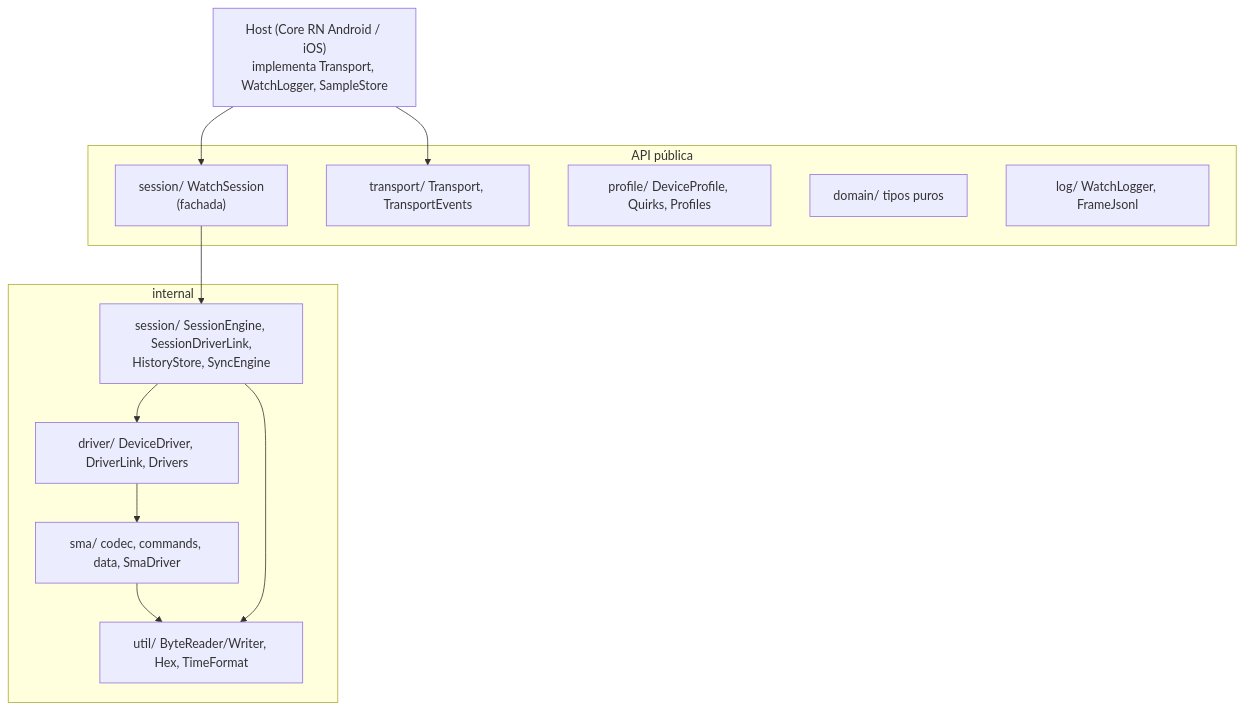
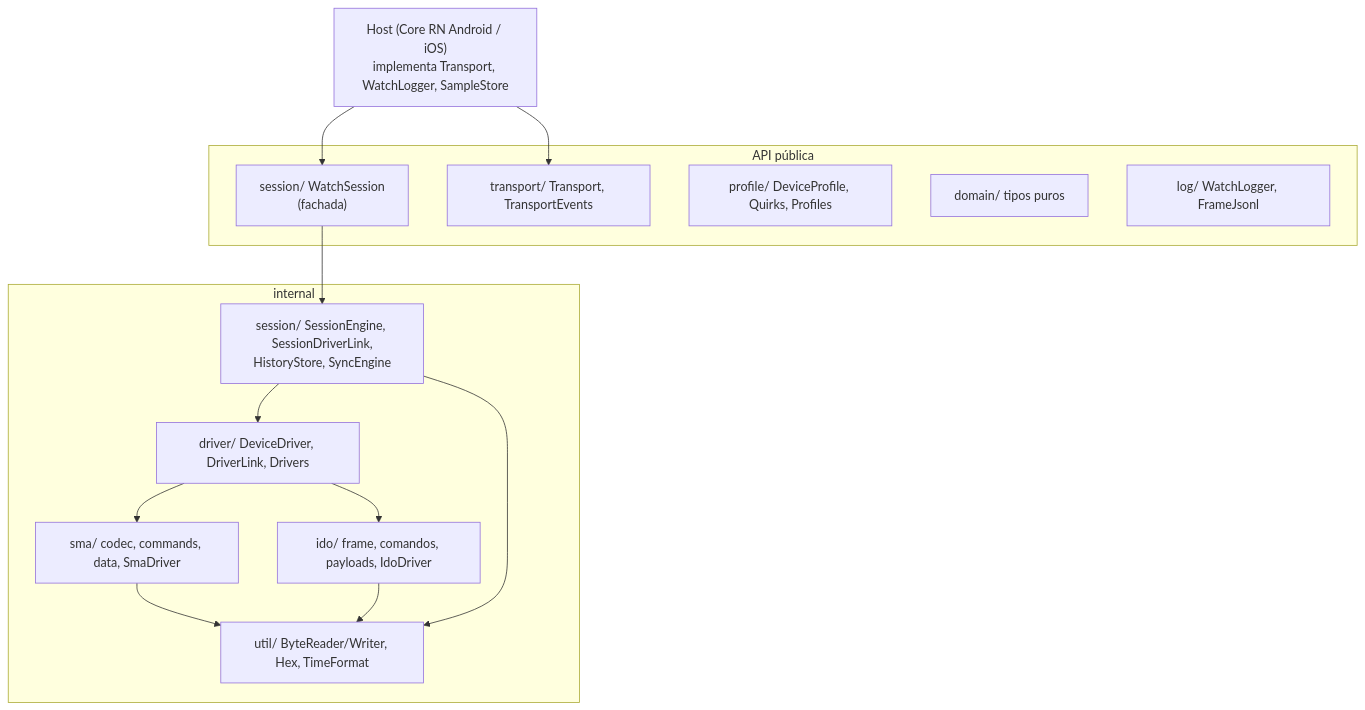
The second of 8 diagrams in docs/arquitetura.md (jsimonassi/technos-watch-protocol), drawn with Mermaid before and after one commit. The commit also changed other lines of this file and 42 other files, not shown here.

````diff
--- a/docs/arquitetura.md
+++ b/docs/arquitetura.md
@@ -33,24 +33,27 @@
 ```mermaid
 flowchart TB
 	host["Host (Core RN Android / iOS)<br/>implementa Transport, WatchLogger, SampleStore"]
 	subgraph public["API pública"]
 		session["session/ WatchSession<br/>(fachada)"]
 		transport["transport/ Transport, TransportEvents"]
 		profile["profile/ DeviceProfile, Quirks, Profiles"]
 		domain["domain/ tipos puros"]
 		log["log/ WatchLogger, FrameJsonl"]
 	end
 	subgraph internal["internal"]
 		engine["session/ SessionEngine, SessionDriverLink,<br/>HistoryStore, SyncEngine"]
 		driver["driver/ DeviceDriver, DriverLink, Drivers"]
 		sma["sma/ codec, commands, data, SmaDriver"]
+		ido["ido/ frame, comandos, payloads, IdoDriver"]
 		util["util/ ByteReader/Writer, Hex, TimeFormat"]
 	end
 	host --> session
 	host --> transport
 	session --> engine
 	engine --> driver
 	driver --> sma
+	driver --> ido
 	sma --> util
+	ido --> util
 	engine --> util
 ```
````
